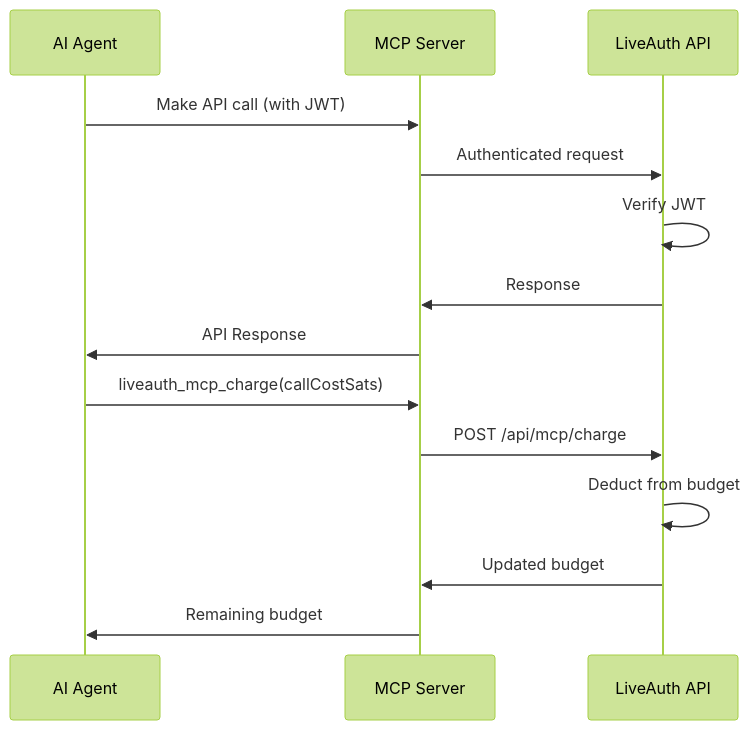
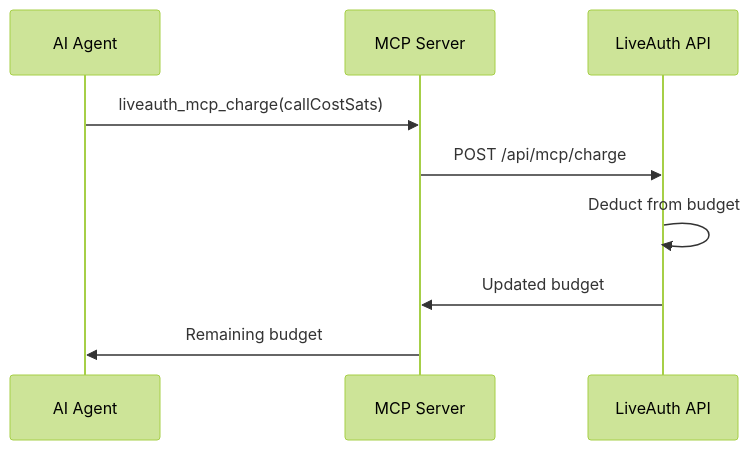
Before and after one commit to dulzuradev/liveauth-mcp: the third of 4 diagrams in docs/diagrams/auth-flows.md, drawn with Mermaid (forest theme). The commit also changed other lines of this file and 14 other files, not shown here.

````diff
--- a/docs/diagrams/auth-flows.md
+++ b/docs/diagrams/auth-flows.md
@@ -41,18 +60,12 @@
 ```mermaid
 sequenceDiagram
     participant Agent as AI Agent
     participant MCP as MCP Server
     participant API as LiveAuth API
 
-    Agent->>MCP: Make API call (with JWT)
-    MCP->>API: Authenticated request
-    API->>API: Verify JWT
-    API->>MCP: Response
-    MCP->>Agent: API Response
-    
     Agent->>MCP: liveauth_mcp_charge(callCostSats)
     MCP->>API: POST /api/mcp/charge
     API->>API: Deduct from budget
     API->>MCP: Updated budget
     MCP->>Agent: Remaining budget
 ```
````
